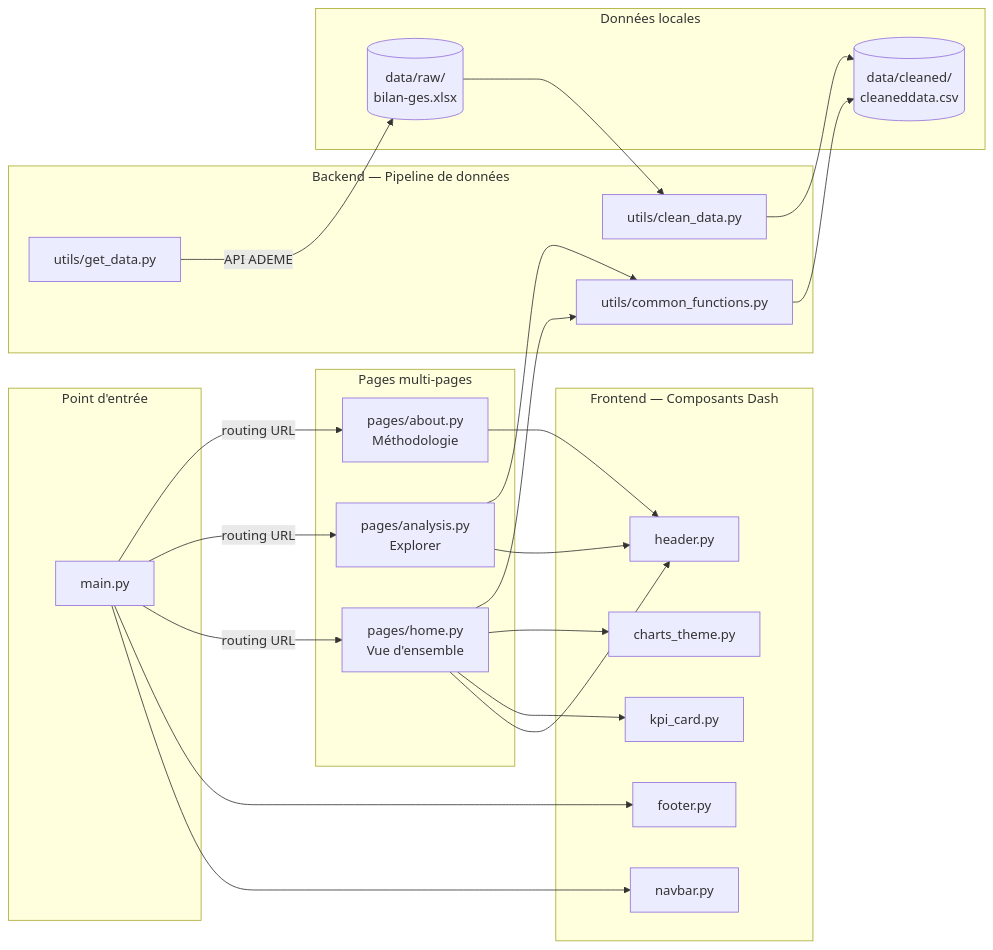
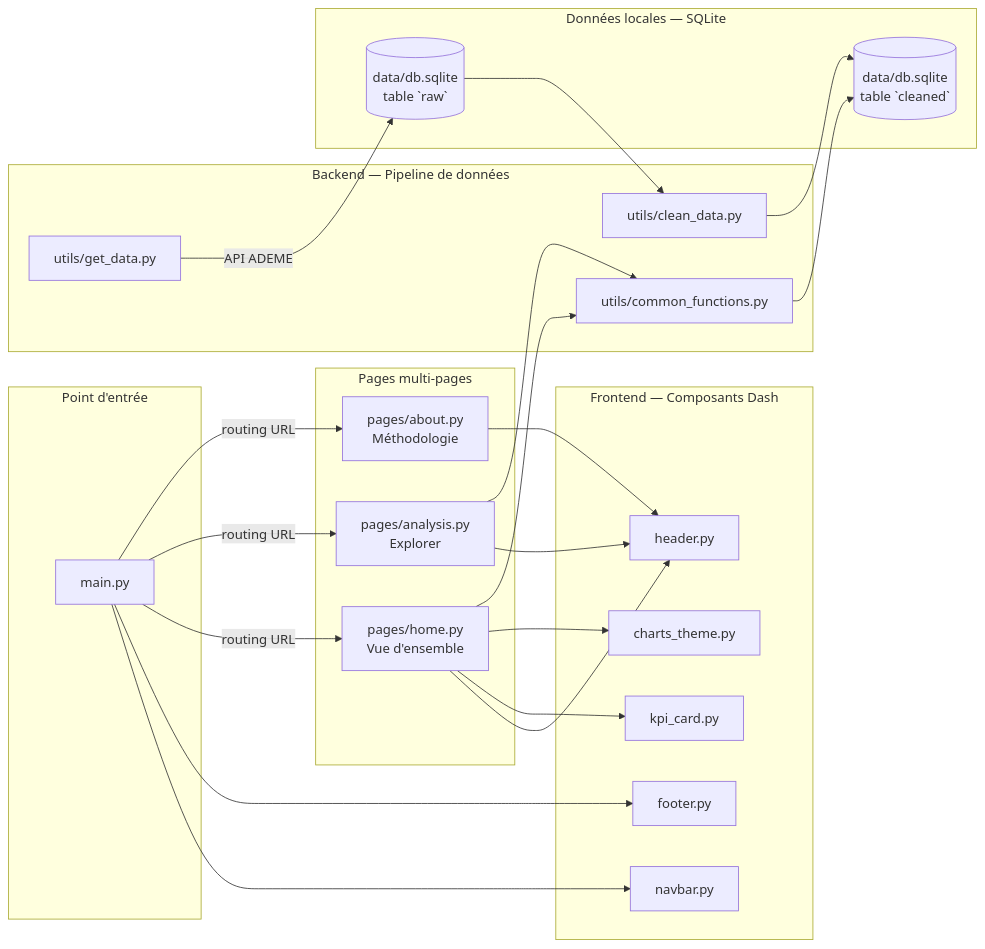
Before and after one commit to samba-diallo/Data_Project_DIALLO_DIOP: the diagram in README.md, drawn with Mermaid. The commit also changed other lines of this file and 1 other file, not shown here.

Commit message:
docs: mise à jour de la déclaration d'originalité et des tests de configuration SQLite

````diff
--- a/README.md
+++ b/README.md
@@ -224,51 +233,51 @@
 ```mermaid
 flowchart LR
     subgraph EntryPoint["Point d'entrée"]
         MAIN["main.py"]
     end
 
     subgraph Frontend["Frontend — Composants Dash"]
         NAVBAR["navbar.py"]
         HEADER["header.py"]
         FOOTER["footer.py"]
         KPI["kpi_card.py"]
         THEME["charts_theme.py"]
     end
 
     subgraph Pages["Pages multi-pages"]
         HOME["pages/home.py<br/>Vue d'ensemble"]
         EXPLORER["pages/analysis.py<br/>Explorer"]
         ABOUT["pages/about.py<br/>Méthodologie"]
     end
 
     subgraph Backend["Backend — Pipeline de données"]
         GETDATA["utils/get_data.py"]
         CLEAN["utils/clean_data.py"]
         COMMON["utils/common_functions.py"]
     end
 
-    subgraph Storage["Données locales"]
-        RAW[("data/raw/<br/>bilan-ges.xlsx")]
-        CLEANED[("data/cleaned/<br/>cleaneddata.csv")]
+    subgraph Storage["Données locales — SQLite"]
+        RAW[("data/db.sqlite<br/>table `raw`")]
+        CLEANED[("data/db.sqlite<br/>table `cleaned`")]
     end
 
     MAIN --> NAVBAR
     MAIN --> FOOTER
     MAIN -->|routing URL| HOME
     MAIN -->|routing URL| EXPLORER
     MAIN -->|routing URL| ABOUT
 
     HOME --> HEADER
     EXPLORER --> HEADER
     ABOUT --> HEADER
 
     HOME --> KPI
     HOME --> THEME
 
     HOME --> COMMON
     EXPLORER --> COMMON
     COMMON --> CLEANED
     GETDATA -->|API ADEME| RAW
     RAW --> CLEAN
     CLEAN --> CLEANED
 ```
````
